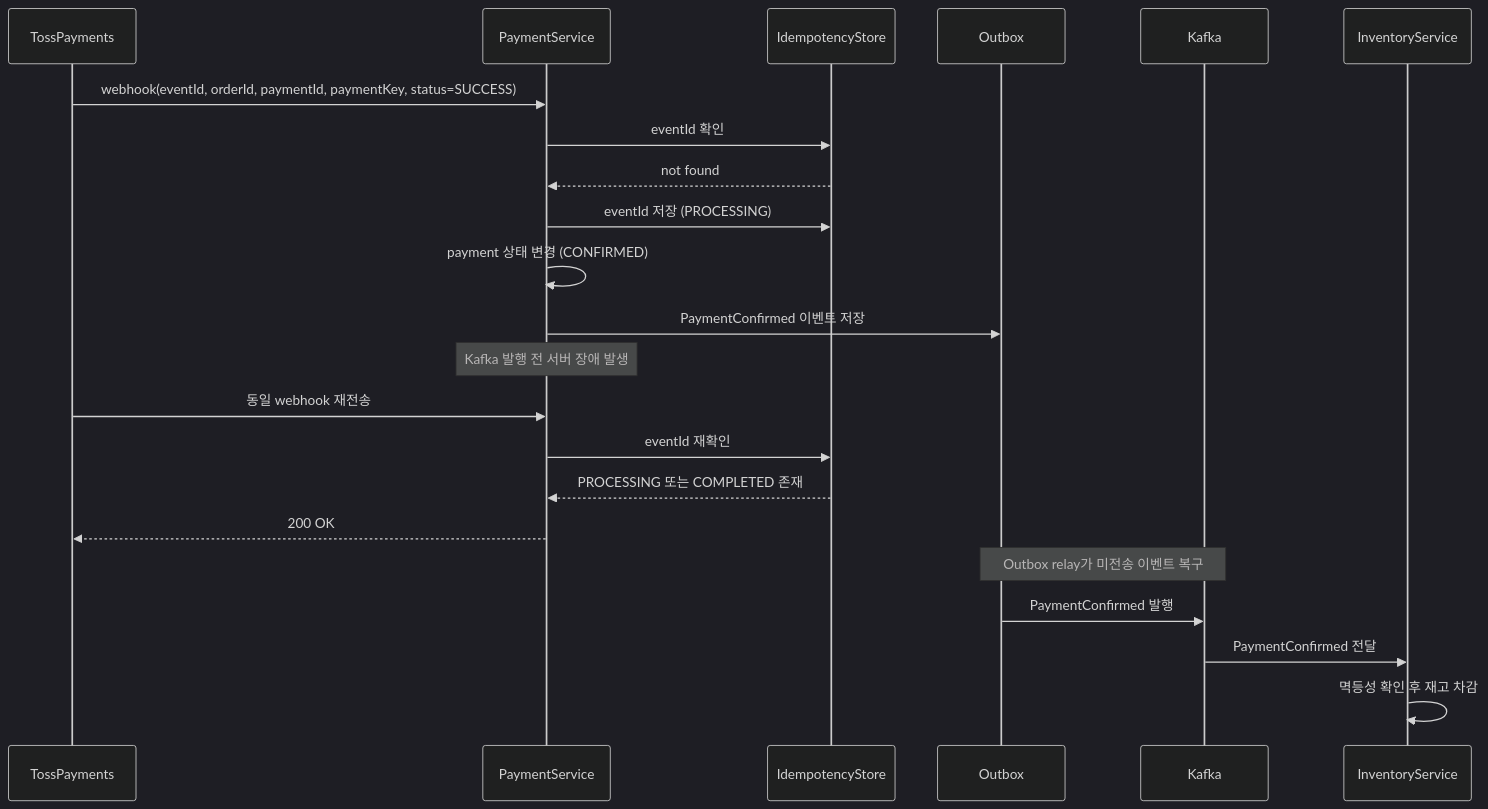
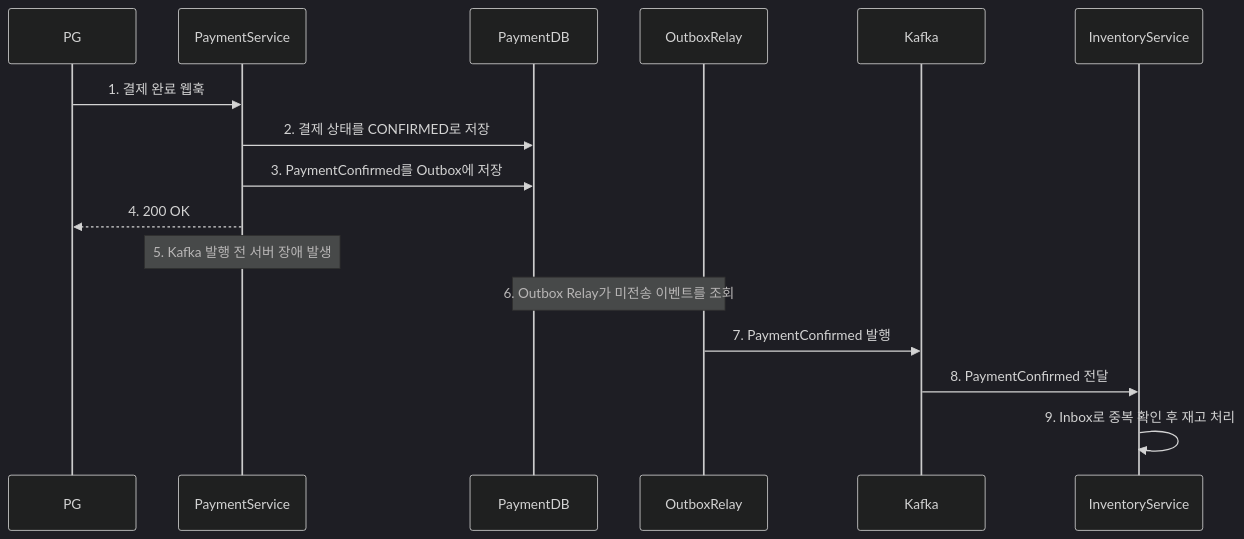
Before and after one commit to Hwasowl/ecommerce: the fourth of 11 diagrams in README.md, drawn with Mermaid (dark theme). The commit also changed other lines of this file, not shown here.

````diff
--- a/README.md
+++ b/README.md
@@ -128,29 +123,20 @@
 ```mermaid
 sequenceDiagram
-    participant TossPayments
+    participant PG
     participant PaymentService
-    participant IdempotencyStore
-    participant Outbox
+    participant PaymentDB
+    participant OutboxRelay
     participant Kafka
     participant InventoryService
 
-    TossPayments->>PaymentService: webhook(eventId, orderId, paymentId, paymentKey, status=SUCCESS)
-    PaymentService->>IdempotencyStore: eventId 확인
-    IdempotencyStore-->>PaymentService: not found
-    PaymentService->>IdempotencyStore: eventId 저장 (PROCESSING)
-    PaymentService->>PaymentService: payment 상태 변경 (CONFIRMED)
-    PaymentService->>Outbox: PaymentConfirmed 이벤트 저장
+    PG->>PaymentService: 1. 결제 완료 웹훅
+    PaymentService->>PaymentDB: 2. 결제 상태를 CONFIRMED로 저장
+    PaymentService->>PaymentDB: 3. PaymentConfirmed를 Outbox에 저장
+    PaymentService-->>PG: 4. 200 OK
 
-    Note over PaymentService: Kafka 발행 전 서버 장애 발생
-
-    TossPayments->>PaymentService: 동일 webhook 재전송
-    PaymentService->>IdempotencyStore: eventId 재확인
-    IdempotencyStore-->>PaymentService: PROCESSING 또는 COMPLETED 존재
-    PaymentService-->>TossPayments: 200 OK
-
-    Note over Outbox,Kafka: Outbox relay가 미전송 이벤트 복구
-
-    Outbox->>Kafka: PaymentConfirmed 발행
-    Kafka->>InventoryService: PaymentConfirmed 전달
-    InventoryService->>InventoryService: 멱등성 확인 후 재고 차감
+    Note over PaymentService: 5. Kafka 발행 전 서버 장애 발생
+    Note over PaymentDB,OutboxRelay: 6. Outbox Relay가 미전송 이벤트를 조회
+    OutboxRelay->>Kafka: 7. PaymentConfirmed 발행
+    Kafka->>InventoryService: 8. PaymentConfirmed 전달
+    InventoryService->>InventoryService: 9. Inbox로 중복 확인 후 재고 처리
 ```
````
